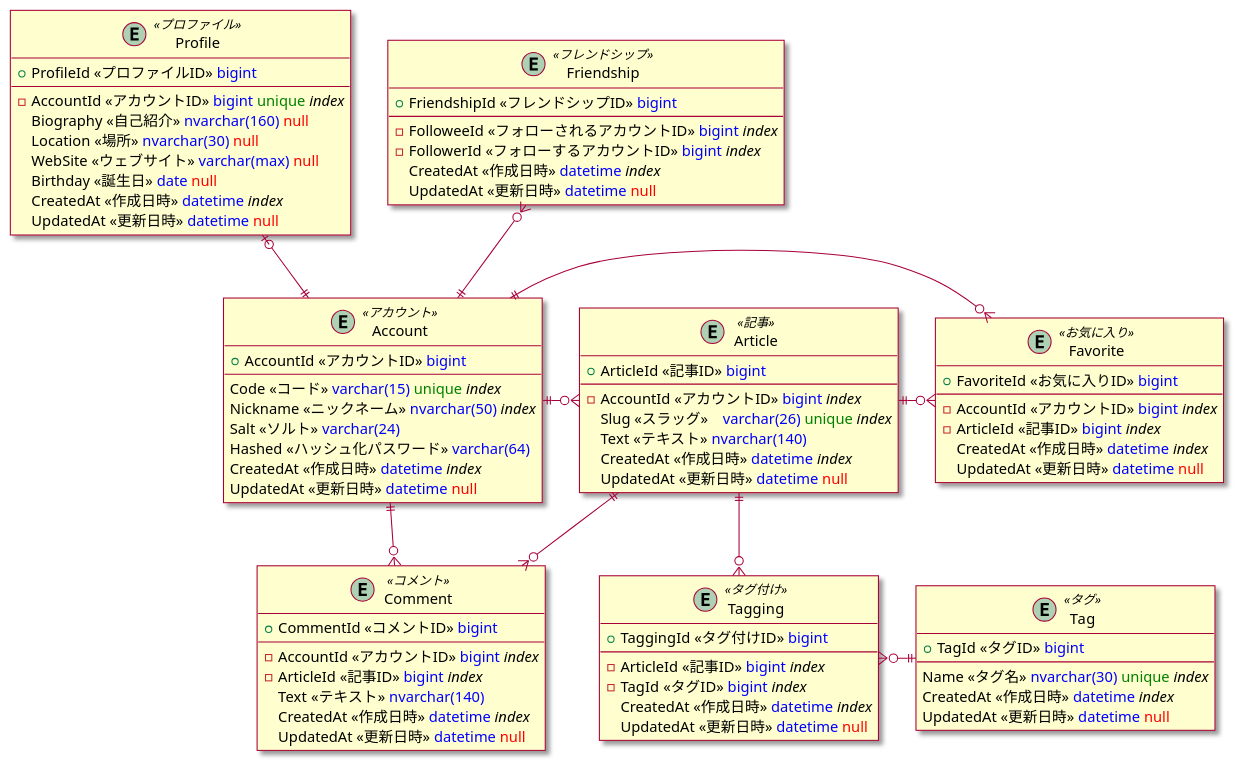
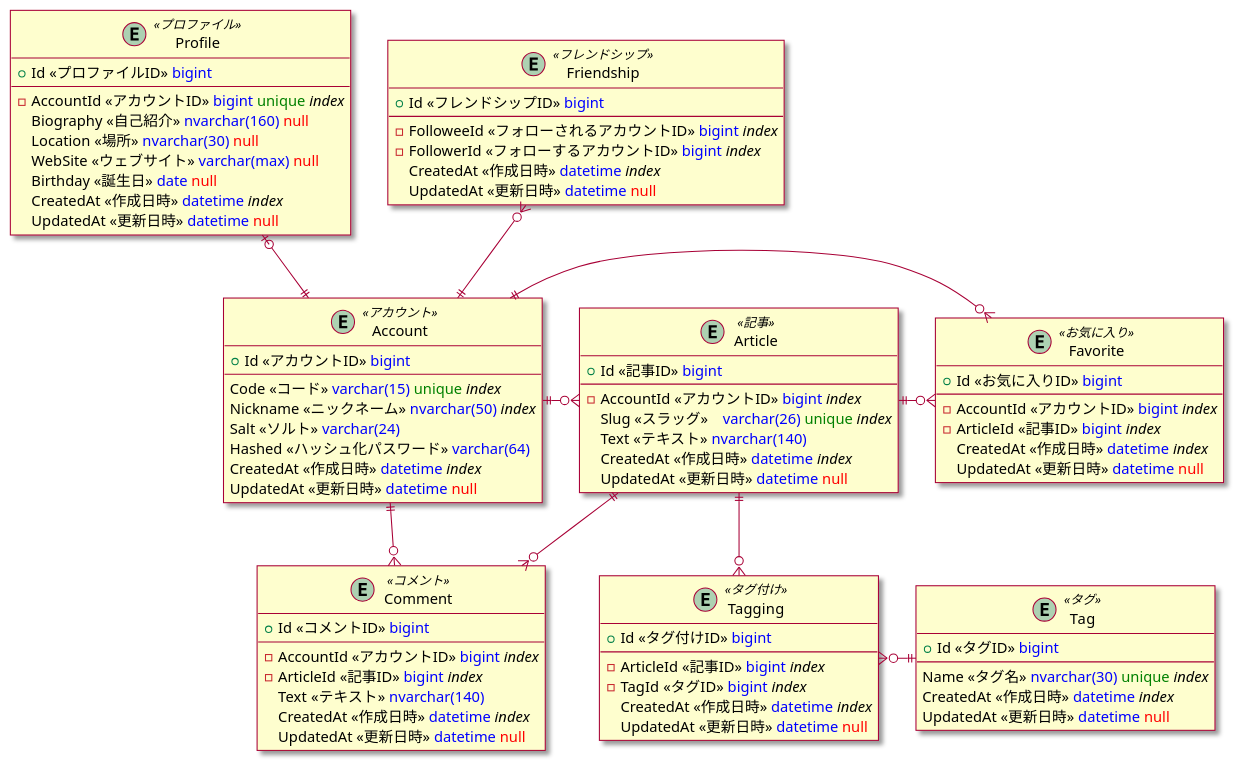
One commit to sano-suguru/SnsSample changed the diagram in doc/er.pu. Above: the diagram before and after it, drawn with PlantUML. The commit also changed 1 other file, not shown here.

```diff
--- a/doc/er.pu
+++ b/doc/er.pu
@@ -1,91 +1,91 @@
 @startuml
 skin rose
 
 entity Account <<アカウント>> {
-  +AccountId <<アカウントID>> <color:blue>bigint</color>
+  +Id <<アカウントID>> <color:blue>bigint</color>
   --
   Code <<コード>> <color:blue>varchar(15)</color> <color:green>unique</color> //index//
   Nickname <<ニックネーム>> <color:blue>nvarchar(50)</color> //index//
   Salt <<ソルト>> <color:blue>varchar(24)</color>
   Hashed <<ハッシュ化パスワード>> <color:blue>varchar(64)</color>
   CreatedAt <<作成日時>> <color:blue>datetime</color> //index//
   UpdatedAt <<更新日時>> <color:blue>datetime</color> <color:red>null</color>
 }
 
 entity Profile <<プロファイル>> {
-  +ProfileId <<プロファイルID>> <color:blue>bigint</color>
+  +Id <<プロファイルID>> <color:blue>bigint</color>
   --
   -AccountId <<アカウントID>> <color:blue>bigint</color> <color:green>unique</color> //index//
   Biography <<自己紹介>> <color:blue>nvarchar(160)</color> <color:red>null</color>
   Location <<場所>> <color:blue>nvarchar(30)</color> <color:red>null</color>
   WebSite <<ウェブサイト>> <color:blue>varchar(max)</color> <color:red>null</color>
   Birthday <<誕生日>> <color:blue>date</color> <color:red>null</color>
   CreatedAt <<作成日時>> <color:blue>datetime</color> //index//
   UpdatedAt <<更新日時>> <color:blue>datetime</color> <color:red>null</color>
 }
 
 entity Friendship <<フレンドシップ>> {
-  +FriendshipId <<フレンドシップID>> <color:blue>bigint</color>
+  +Id <<フレンドシップID>> <color:blue>bigint</color>
   --
   -FolloweeId <<フォローされるアカウントID>> <color:blue>bigint</color> //index//
   -FollowerId <<フォローするアカウントID>> <color:blue>bigint</color> //index//
   CreatedAt <<作成日時>> <color:blue>datetime</color> //index//
   UpdatedAt <<更新日時>> <color:blue>datetime</color> <color:red>null</color>
 }
 
 entity Article <<記事>>{
-  +ArticleId <<記事ID>> <color:blue>bigint</color>
+  +Id <<記事ID>> <color:blue>bigint</color>
   --
   -AccountId <<アカウントID>> <color:blue>bigint</color> //index//
   Slug <<スラッグ>>　<color:blue>varchar(26)</color> <color:green>unique</color> //index//
   Text <<テキスト>> <color:blue>nvarchar(140)</color>
   CreatedAt <<作成日時>> <color:blue>datetime</color> //index//
   UpdatedAt <<更新日時>> <color:blue>datetime</color> <color:red>null</color>
 }
 
 entity Comment <<コメント>> {
-  +CommentId <<コメントID>> <color:blue>bigint</color>
+  +Id <<コメントID>> <color:blue>bigint</color>
   --
   -AccountId <<アカウントID>> <color:blue>bigint</color> //index//
   -ArticleId <<記事ID>> <color:blue>bigint</color> //index//
   Text <<テキスト>> <color:blue>nvarchar(140)</color>
   CreatedAt <<作成日時>> <color:blue>datetime</color> //index//
   UpdatedAt <<更新日時>> <color:blue>datetime</color> <color:red>null</color>
 }
 
 entity Favorite <<お気に入り>> {
-  +FavoriteId <<お気に入りID>> <color:blue>bigint</color>
+  +Id <<お気に入りID>> <color:blue>bigint</color>
   --
   -AccountId <<アカウントID>> <color:blue>bigint</color> //index//
   -ArticleId <<記事ID>> <color:blue>bigint</color> //index//
   CreatedAt <<作成日時>> <color:blue>datetime</color> //index//
   UpdatedAt <<更新日時>> <color:blue>datetime</color> <color:red>null</color>
 }
 
 entity Tag <<タグ>> {
-  +TagId <<タグID>> <color:blue>bigint</color>
+  +Id <<タグID>> <color:blue>bigint</color>
   --
   Name <<タグ名>> <color:blue>nvarchar(30)</color> <color:green>unique</color> //index//
   CreatedAt <<作成日時>> <color:blue>datetime</color> //index//
   UpdatedAt <<更新日時>> <color:blue>datetime</color> <color:red>null</color>
 }
 
 entity Tagging <<タグ付け>> {
-  +TaggingId <<タグ付けID>> <color:blue>bigint</color>
+  +Id <<タグ付けID>> <color:blue>bigint</color>
   --
   -ArticleId <<記事ID>> <color:blue>bigint</color> //index//
   -TagId <<タグID>> <color:blue>bigint</color> //index//
   CreatedAt <<作成日時>> <color:blue>datetime</color> //index//
   UpdatedAt <<更新日時>> <color:blue>datetime</color> <color:red>null</color>
 }
 
 Profile |o--|| Account
 Friendship }o--|| Account
 Account ||-o{ Article
 Article ||-o{ Comment
 Account ||--o{ Comment
 Account ||-o{ Favorite
 Article ||-o{ Favorite
 Article ||--o{ Tagging
 Tagging }o-|| Tag
 @enduml
```
